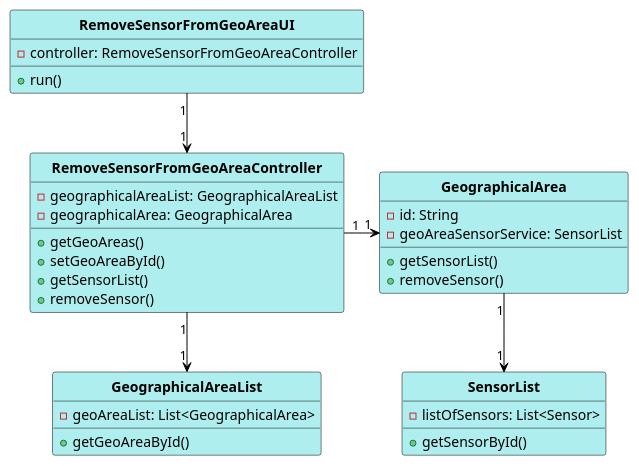
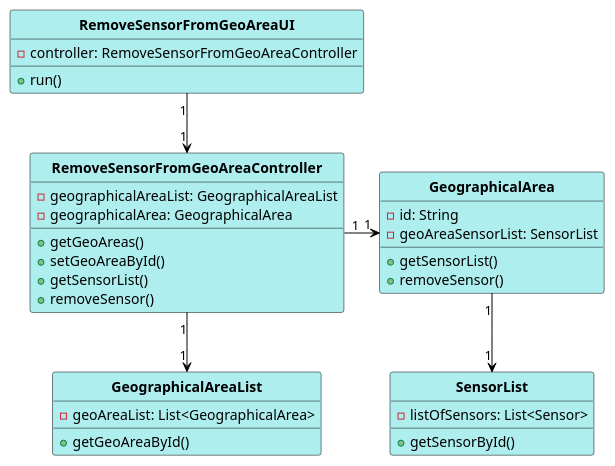
Before and after one commit to 1181687/hateoasToy: the diagram in src/main/java/pt/ipp/isep/dei/project/controllers/removesensorfromgeoareacontroller/CD_RemoveSensorFromGeoArea.puml, drawn with PlantUML. The commit also changed 250 other files, not shown here.

```diff
--- a/src/main/java/pt/ipp/isep/dei/project/controllers/removesensorfromgeoareacontroller/CD_RemoveSensorFromGeoArea.puml
+++ b/src/main/java/pt/ipp/isep/dei/project/controllers/removesensorfromgeoareacontroller/CD_RemoveSensorFromGeoArea.puml
@@ -1,48 +1,48 @@
 @startuml
 skinparam linetype ortho
 
 skinparam class {
 	BackgroundColor PaleTurquoise
 	ArrowColor Black
 	BorderColor Black
 	FontStyle Bold
 }
 
 hide circle
 
 RemoveSensorFromGeoAreaUI "1" -down-> "1" RemoveSensorFromGeoAreaController
 RemoveSensorFromGeoAreaController "1" -down-> "1" GeographicalAreaList
 RemoveSensorFromGeoAreaController "1" -> "1" GeographicalArea
 GeographicalArea "1" --> "1" SensorList
 
 Class RemoveSensorFromGeoAreaUI {
 -controller: RemoveSensorFromGeoAreaController
 +run()
 }
 
 Class RemoveSensorFromGeoAreaController {
 -geographicalAreaList: GeographicalAreaList
 -geographicalArea: GeographicalArea
 +getGeoAreas()
 +setGeoAreaById()
 +getSensorList()
 +removeSensor()
 }
 
 Class GeographicalAreaList {
 -geoAreaList: List<GeographicalArea>
 +getGeoAreaById()
 }
 
 Class GeographicalArea {
 -id: String
--geoAreaSensorService: SensorList
+-geoAreaSensorList: SensorList
 +getSensorList()
 +removeSensor()
 }
 
 Class SensorList {
 -listOfSensors: List<Sensor>
 +getSensorById()
 }
 @enduml
```
